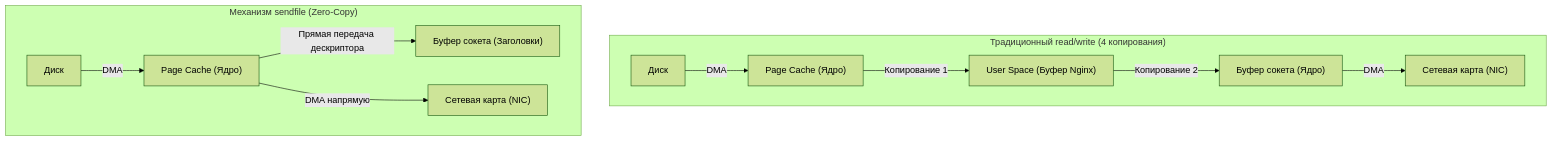
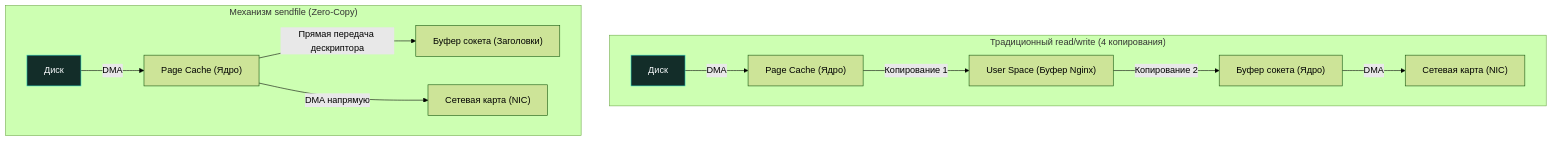
Before and after one commit to UnrealTemplier/go-textbook: the third of 3 diagrams in sources/19. Инфраструктура. Linux, nginx, Docker, Kubernetes/02. nginx/1. nginx. Архитектура.md, drawn with Mermaid (forest theme). The commit also changed other lines of this file and 1666 other files, not shown here.

First line of the commit message:
feat(mermaid): add semantic color classDef to 1369 colorless flowchart/graph diagrams

````diff
--- a/sources/19. Инфраструктура. Linux, nginx, Docker, Kubernetes/02. nginx/1. nginx. Архитектура.md
+++ b/sources/19. Инфраструктура. Linux, nginx, Docker, Kubernetes/02. nginx/1. nginx. Архитектура.md
@@ -109,15 +129,25 @@
 ```mermaid
 flowchart TD
+    classDef process  fill:#1e293b,stroke:#38bdf8,stroke-width:1px,color:#f8fafc
+    classDef success  fill:#064e3b,stroke:#34d399,stroke-width:1px,color:#f8fafc
+    classDef error    fill:#7f1d1d,stroke:#f87171,stroke-width:1px,color:#f8fafc
+    classDef warning  fill:#78350f,stroke:#fbbf24,stroke-width:1px,color:#f8fafc
+    classDef entry    fill:#1e3a5f,stroke:#38bdf8,stroke-width:2px,color:#f8fafc
+    classDef aux      fill:#334155,stroke:#64748b,stroke-width:1px,color:#f8fafc
+    classDef system   fill:#312e81,stroke:#a78bfa,stroke-width:1px,color:#f8fafc
+    classDef data     fill:#132d29,stroke:#2dd4bf,stroke-width:1px,color:#f8fafc
+    classDef network  fill:#881337,stroke:#fb7185,stroke-width:1px,color:#f8fafc
+    classDef accent   fill:#1e1b4b,stroke:#818cf8,stroke-width:1px,color:#f8fafc
     subgraph Classic ["Традиционный read/write (4 копирования)"]
-        D1["Диск"] -->|"DMA"| PC1["Page Cache (Ядро)"]
+        D1["Диск"]:::data -->|"DMA"| PC1["Page Cache (Ядро)"]
         PC1 -->|"Копирование 1"| US1["User Space (Буфер Nginx)"]
         US1 -->|"Копирование 2"| SB1["Буфер сокета (Ядро)"]
         SB1 -->|"DMA"| NIC1["Сетевая карта (NIC)"]
     end
 
     subgraph ZeroCopy ["Механизм sendfile (Zero-Copy)"]
-        D2["Диск"] -->|"DMA"| PC2["Page Cache (Ядро)"]
+        D2["Диск"]:::data -->|"DMA"| PC2["Page Cache (Ядро)"]
         PC2 -->|"Прямая передача дескриптора"| SB2["Буфер сокета (Заголовки)"]
         PC2 -->|"DMA напрямую"| NIC2["Сетевая карта (NIC)"]
     end
 ```
````
